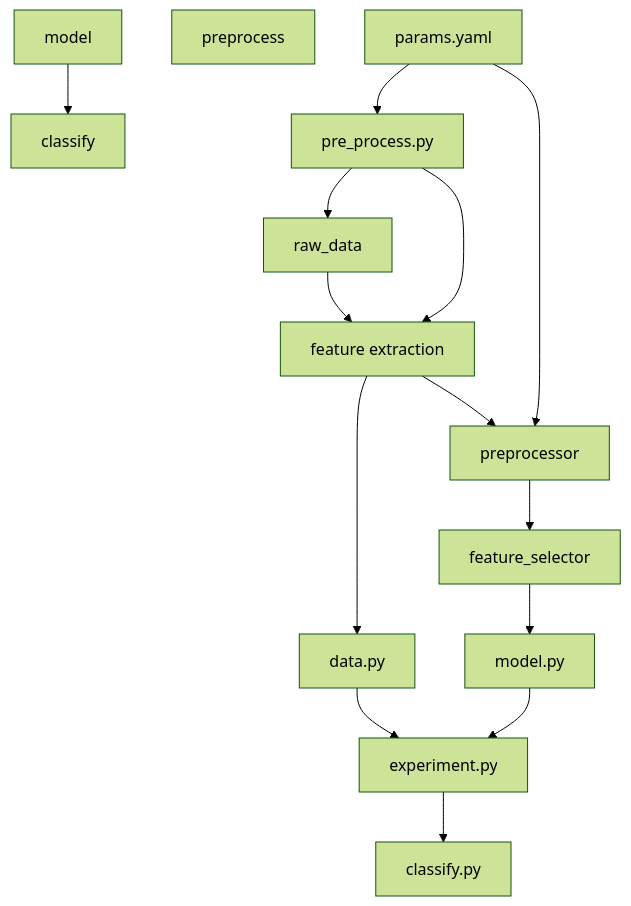
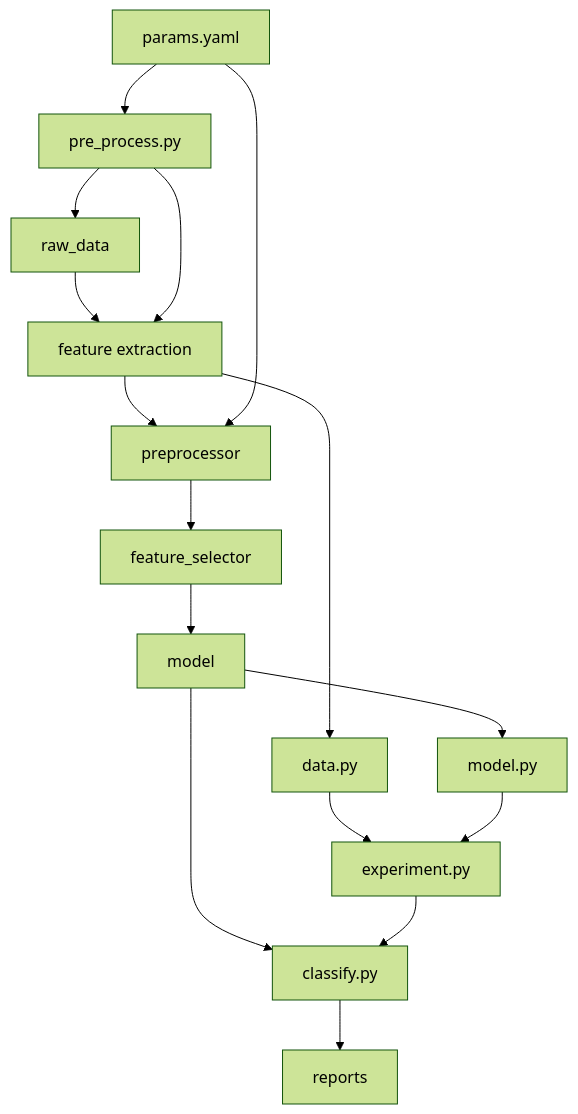
Before and after one commit to simplymathematics/as_activity_recognition: the diagram in README.md, drawn with Mermaid (forest theme).

````diff
--- a/README.md
+++ b/README.md
@@ -9,24 +9,24 @@
 ```mermaid
 flowchart TD
 	node1["raw_data"]
 	node2["feature extraction"]
 	node3["preprocessor"]
 	node4["feature_selector"]
 	node5["model"]
-	node6["classify"]
-	node7["preprocess"]
 	node8["pre_process.py"]
 	node9["classify.py"]
 	node10["data.py"]
 	node11["model.py"]
 	node12["experiment.py"]
 	node13["params.yaml"]
-	node1-->node2-->node3-->node4-->node11
-	node5-->node6
+	node14["reports"]
+	node1-->node2-->node3-->node4-->node5-->node11
+	node5-->node9
 	node13-->node8-->node1
 	node8-->node2
 	node13-->node3
 	node10-->node12
 	node11-->node12-->node9
 	node2-->node10
+	node9-->node14
 ```
````
